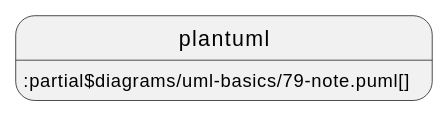
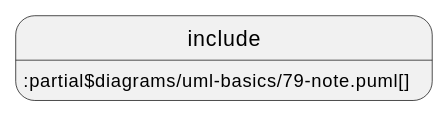
One commit to acplt/aas-specs changed diagram 16 of 24 in documentation/IDTA-01001/modules/ROOT/pages/annex/uml.adoc. Above: the diagram before and after it, drawn with PlantUML. The commit also changed other lines of this file and 14 other files, not shown here.

First line of the commit message:
Revert "Use plantuml instead of include and test ./"

```diff
--- a/documentation/IDTA-01001/modules/ROOT/pages/annex/uml.adoc
+++ b/documentation/IDTA-01001/modules/ROOT/pages/annex/uml.adoc
@@ -242,4 +242,4 @@
 [plantuml, 79-note, svg]
 ....
-plantuml::partial$diagrams/uml-basics/79-note.puml[]
+include::partial$diagrams/uml-basics/79-note.puml[]
 ....
```
